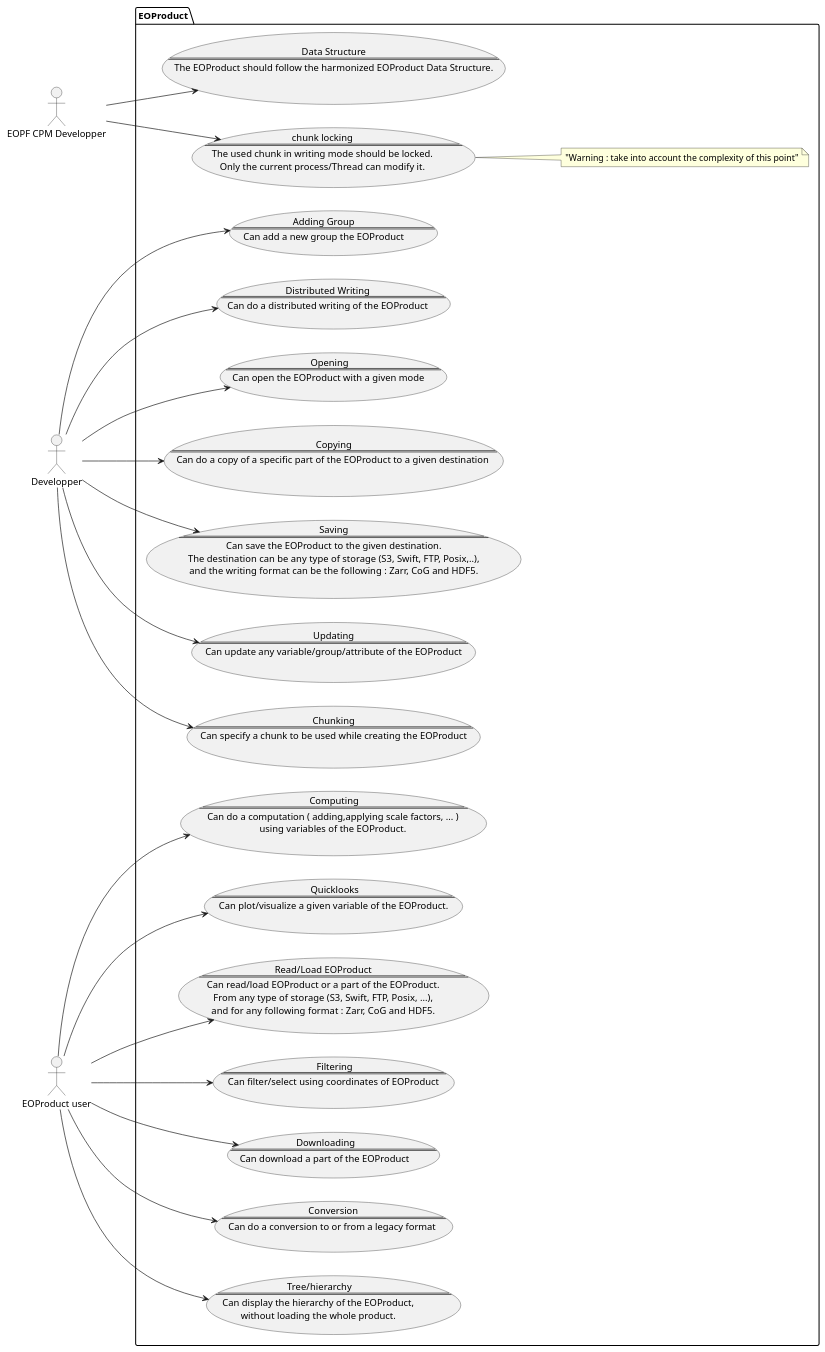
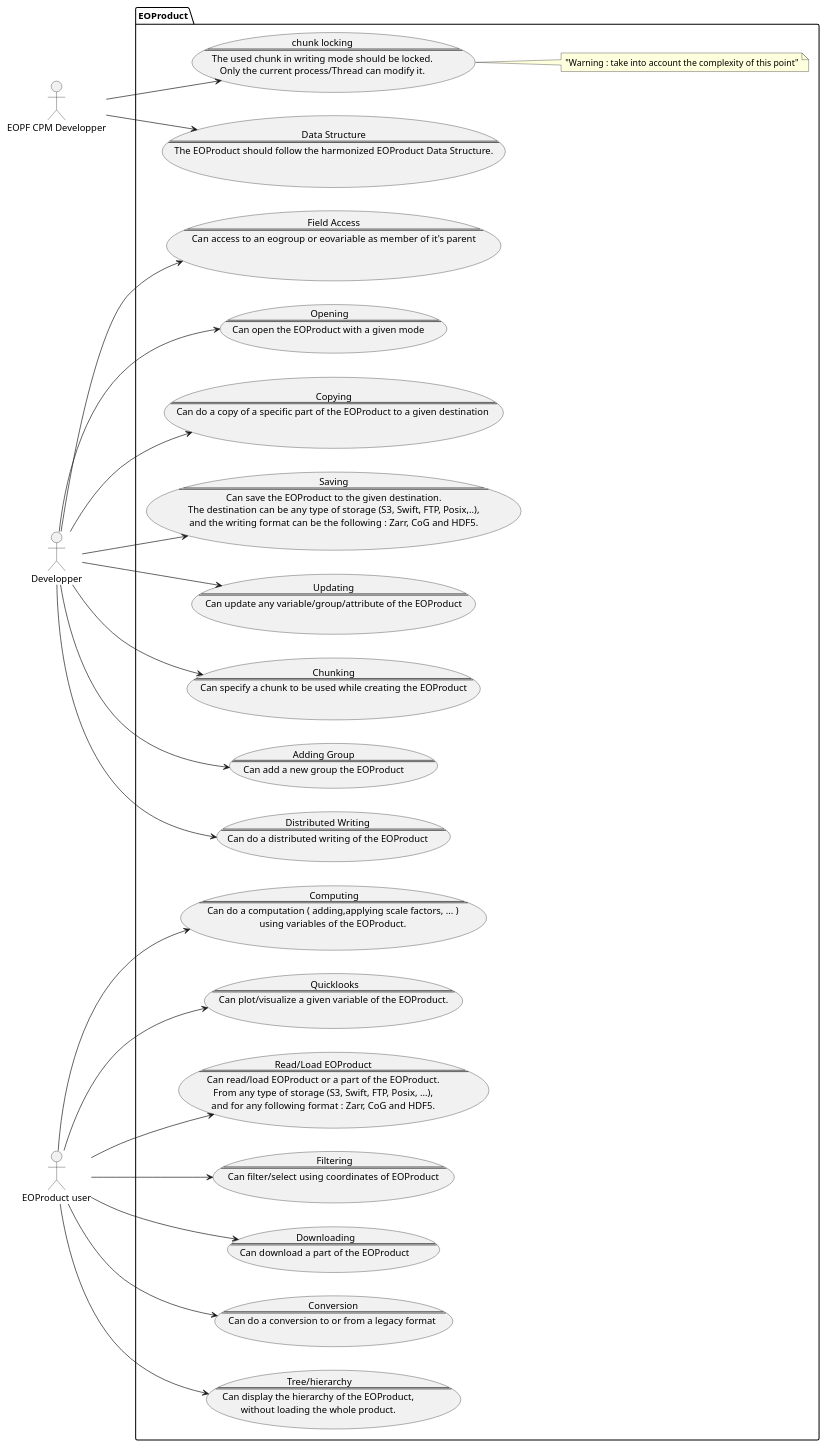
Before and after one commit to CSC-DPR/eopf-cpm: the diagram in docs/plantuml/eopf_product_use_cases.puml, drawn with PlantUML. The commit also changed 7 other files, not shown here.

Commit message:
feat: complete the uml design

```diff
--- a/docs/plantuml/eopf_product_use_cases.puml
+++ b/docs/plantuml/eopf_product_use_cases.puml
@@ -1,103 +1,109 @@
 @startuml
 left to right direction
 actor "EOPF CPM Developper" as cpm
 actor "Developper" as du
 actor "EOProduct user" as pu
 
 ' package Actors {
 '   actor developper as c
 '   actor "EOProduct user" as fc
 ' }
 package EOProduct {
   usecase CPM_UC1 as "Data Structure
   ==
   The EOProduct should follow the harmonized EOProduct Data Structure.
   "
 
   usecase CPM_UC2 as "chunk locking
   ==
   The used chunk in writing mode should be locked.
   Only the current process/Thread can modify it.
   "
   note right : "Warning : take into account the complexity of this point"
 
   usecase UC1 as "Read/Load EOProduct
   ==
   Can read/load EOProduct or a part of the EOProduct.
   From any type of storage (S3, Swift, FTP, Posix, ...),
   and for any following format : Zarr, CoG and HDF5."
   usecase UC2 as " Filtering
   ==
   Can filter/select using coordinates of EOProduct"
   usecase UC3 as " Downloading
   ==
   Can download a part of the EOProduct"
   usecase UC4 as " Conversion
   ==
   Can do a conversion to or from a legacy format"
 
   usecase UC5 as " Tree/hierarchy
   ==
   Can display the hierarchy of the EOProduct,
    without loading the whole product."
 
   usecase UC6 as " Computing
   ==
   Can do a computation ( adding,applying scale factors, ... )
   using variables of the EOProduct."
 
   usecase UC7 as " Quicklooks
   ==
   Can plot/visualize a given variable of the EOProduct."
 
   usecase DUC0 as "Opening
   ==
   Can open the EOProduct with a given mode "
 
   usecase DUC1 as "Copying
   ==
   Can do a copy of a specific part of the EOProduct to a given destination "
 
   usecase DUC2 as "Saving
   ==
   Can save the EOProduct to the given destination.
   The destination can be any type of storage (S3, Swift, FTP, Posix,..),
   and the writing format can be the following : Zarr, CoG and HDF5."
   usecase DUC3 as "Updating
   ==
   Can update any variable/group/attribute of the EOProduct"
   usecase DUC4 as "Chunking
   ==
   Can specify a chunk to be used while creating the EOProduct"
 
   usecase DUC5 as "Adding Group
   ==
   Can add a new group the EOProduct"
 
 
   usecase DUC6 as "Distributed Writing
   ==
   Can do a distributed writing of the EOProduct"
 
+  usecase DUC7 as "Field Access
+  ==
+  Can access to an eogroup or eovariable as member of it's parent
+
+  "
 
 }
 
 cpm --> CPM_UC1
 cpm --> CPM_UC2
 
 pu --> UC1
 pu --> UC2
 pu --> UC3
 pu --> UC4
 pu --> UC5
 pu --> UC6
 pu --> UC7
 
 du --> DUC0
 du --> DUC1
 du --> DUC2
 du --> DUC3
 du --> DUC4
 du --> DUC5
 du --> DUC6
+du --> DUC7
 @enduml
```
